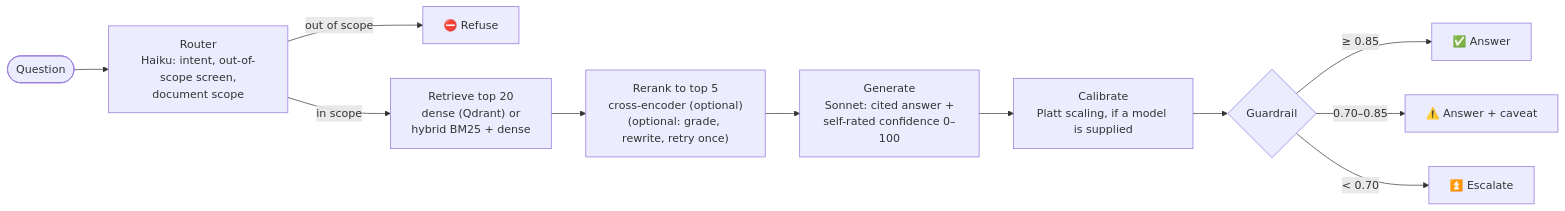
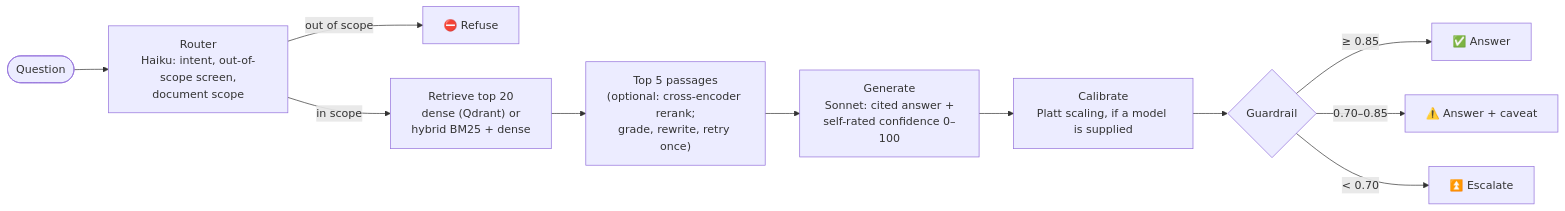
One commit to drealchux/troa changed the diagram in README.md. Above: the diagram before and after it, drawn with Mermaid. The commit also changed other lines of this file and 17 other files, not shown here.

````diff
--- a/README.md
+++ b/README.md
@@ -43,13 +118,13 @@
 ```mermaid
 flowchart LR
     U(["Question"]) --> R["Router<br/>Haiku: intent, out-of-scope screen,<br/>document scope"]
     R -- "out of scope" --> X["⛔ Refuse"]
     R -- "in scope" --> S["Retrieve top 20<br/>dense (Qdrant) or<br/>hybrid BM25 + dense"]
-    S --> K["Rerank to top 5<br/>cross-encoder (optional)<br/>(optional: grade, rewrite, retry once)"]
+    S --> K["Top 5 passages<br/>(optional: cross-encoder rerank;<br/>grade, rewrite, retry once)"]
     K --> G["Generate<br/>Sonnet: cited answer +<br/>self-rated confidence 0–100"]
     G --> C["Calibrate<br/>Platt scaling, if a model is supplied"]
     C --> D{"Guardrail"}
     D -- "≥ 0.85" --> A["✅ Answer"]
     D -- "0.70–0.85" --> V["⚠️ Answer + caveat"]
     D -- "< 0.70" --> E["⏫ Escalate"]
 ```
````
